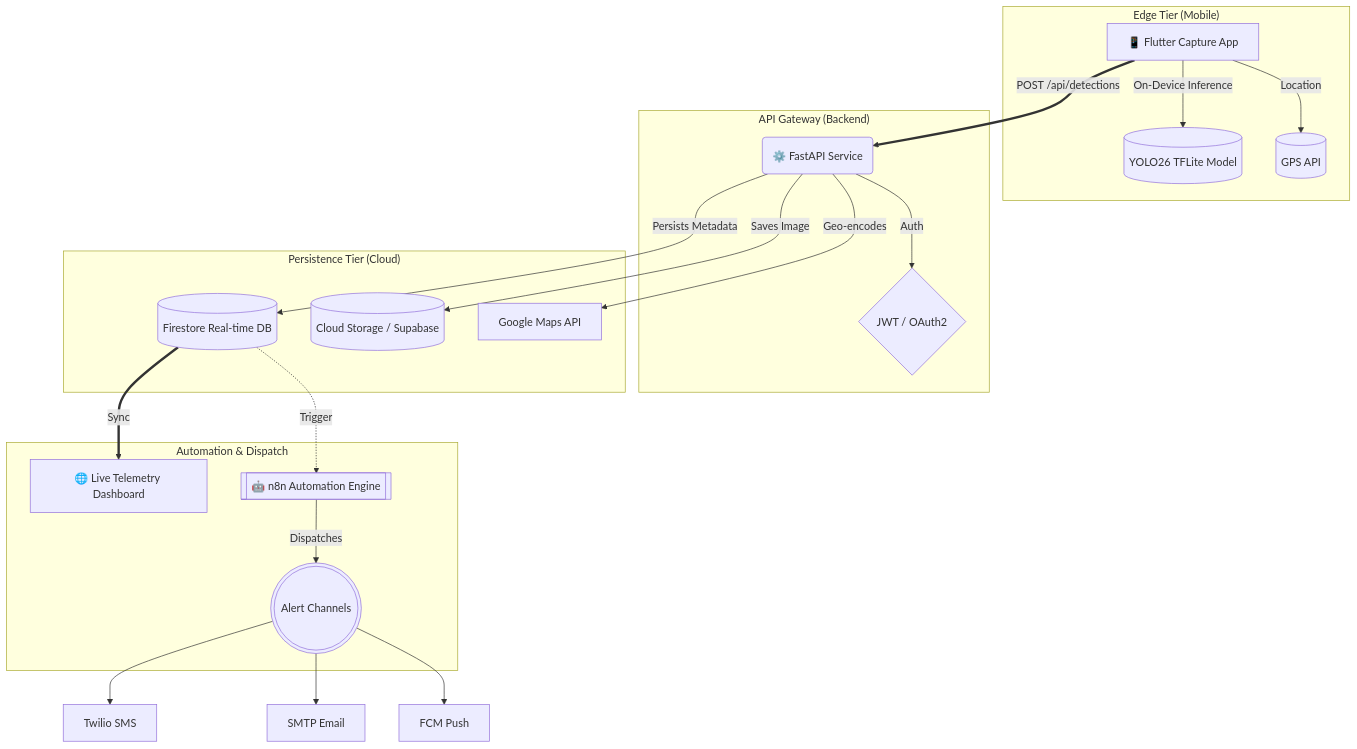
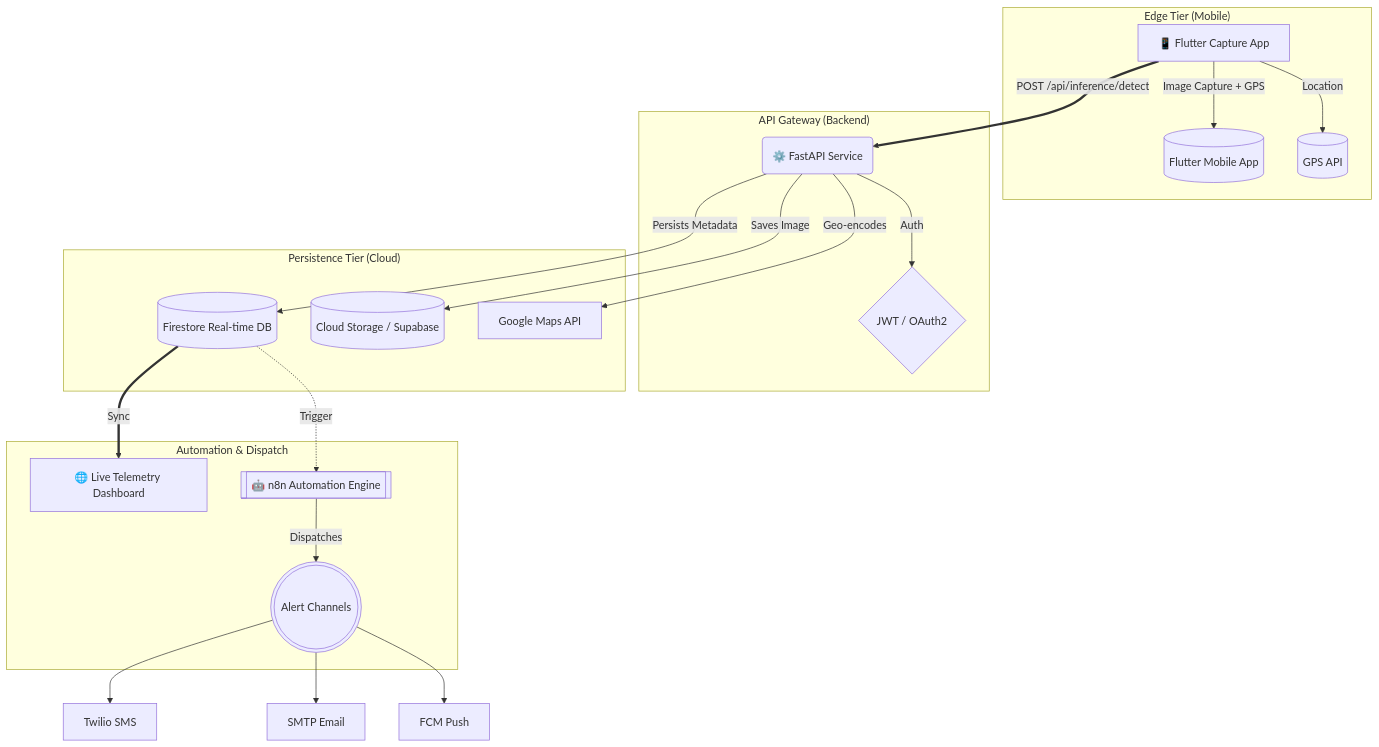
Before and after one commit to vinaykumarbharwal/Wildfire_Detection: the diagram in README.md, drawn with Mermaid. The commit also changed other lines of this file, not shown here.

Commit message:
feat: update README.md to clarify mobile capture flow, API endpoint changes, and enhance configuration details

````diff
--- a/README.md
+++ b/README.md
@@ -43,39 +43,39 @@
 ```mermaid
 graph TD
     subgraph "Edge Tier (Mobile)"
         A[📱 Flutter Capture App]
-        A -->|On-Device Inference| TFL[(YOLO26 TFLite Model)]
+        A -->|Image Capture + GPS| TFL[(Flutter Mobile App)]
         A -->|Location| GPS[(GPS API)]
     end
 
     subgraph "API Gateway (Backend)"
         B(⚙️ FastAPI Service)
         B -->|Auth| AUTH{JWT / OAuth2}
     end
 
     subgraph "Persistence Tier (Cloud)"
         C[(Firestore Real-time DB)]
         D[(Cloud Storage / Supabase)]
         MAPS[Google Maps API]
     end
 
     subgraph "Automation & Dispatch"
         E[🌐 Live Telemetry Dashboard]
         F[[🤖 n8n Automation Engine]]
         G(((Alert Channels)))
     end
 
     %% Data Flows
-    A == "POST /api/detections" ==> B
+    A == "POST /api/inference/detect" ==> B
     B -- "Geo-encodes" --> MAPS
     B -- "Saves Image" --> D
     B -- "Persists Metadata" --> C
     
     C -. "Trigger" .-> F
     C == "Sync" ==> E
     
     F -- "Dispatches" --> G
     G --> SMS[Twilio SMS]
     G --> EMAIL[SMTP Email]
     G --> PUSH[FCM Push]
 ```
````
